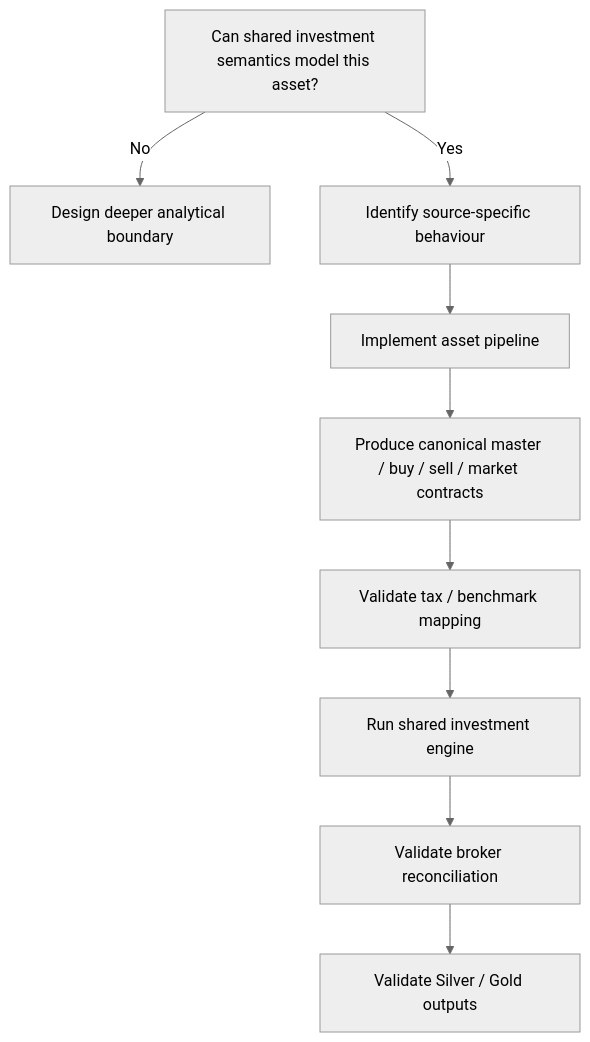
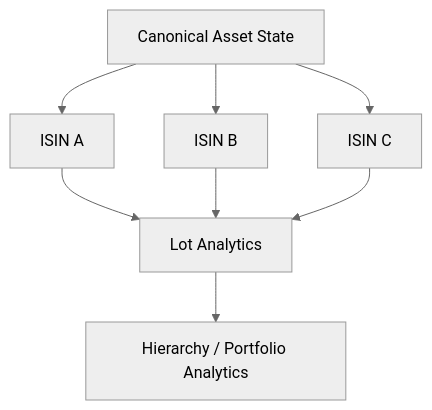
One commit to tks18/personal-finance-etl changed the second of 2 diagrams in docs/developer/adding-asset-pipelines.md. Above: the diagram before and after it, drawn with Mermaid (neutral theme). The commit also changed other lines of this file and 3 other files, not shown here.

````diff
--- a/docs/developer/adding-asset-pipelines.md
+++ b/docs/developer/adding-asset-pipelines.md
@@ -313,11 +254,10 @@
 ```mermaid
 flowchart TB
-    Q["Can shared investment semantics model this asset?"] -->|"No"| NEW["Design deeper analytical boundary"]
-    Q -->|"Yes"| SRC["Identify source-specific behaviour"]
-    SRC --> PIPE["Implement asset pipeline"]
-    PIPE --> CAN["Produce canonical master / buy / sell / market contracts"]
-    CAN --> TAX["Validate tax / benchmark mapping"]
-    TAX --> ENG["Run shared investment engine"]
-    ENG --> REC["Validate broker reconciliation"]
-    REC --> OUT["Validate Silver / Gold outputs"]
+    CAN["Canonical Asset State"] --> A["ISIN A"]
+    CAN --> B["ISIN B"]
+    CAN --> C["ISIN C"]
+    A --> LOT["Lot Analytics"]
+    B --> LOT
+    C --> LOT
+    LOT --> HIER["Hierarchy / Portfolio Analytics"]
 ```
````
